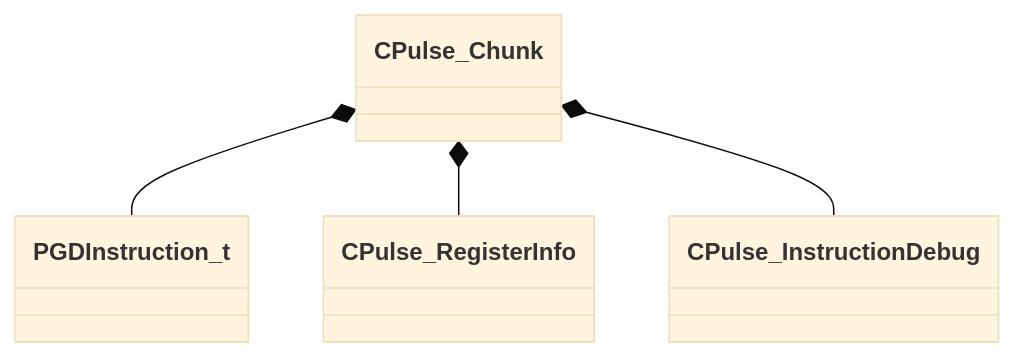
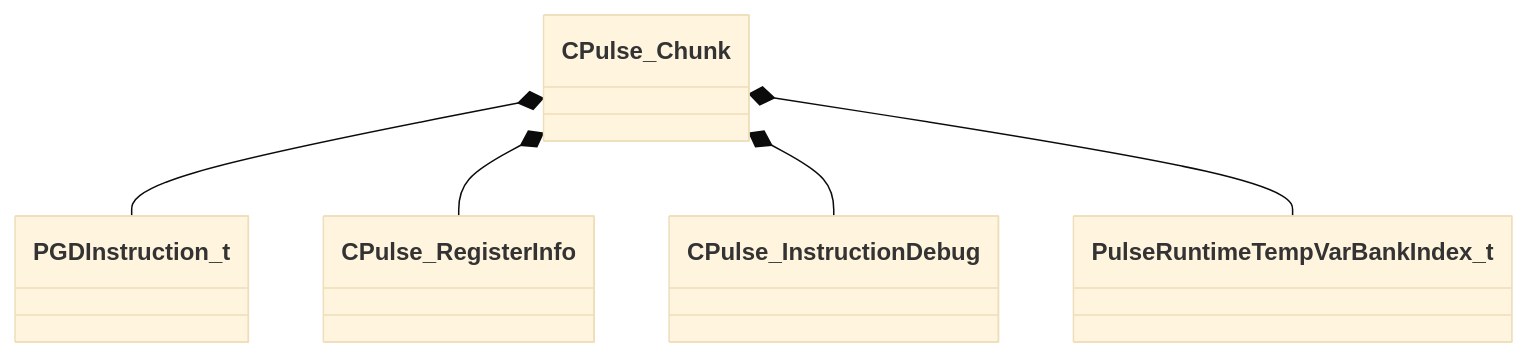
The diagram in docs/generated/schemas/pulse_runtime_lib/CPulse_Chunk.md (CS2OpenDev/CS2OpenDev-Docs), drawn with Mermaid (base theme) before and after one commit. The commit also changed other lines of this file and 4654 other files, not shown here.

Commit message:
docs: regenerate for SchemaTracker build 25947352 [skip ci]

````diff
--- a/docs/generated/schemas/pulse_runtime_lib/CPulse_Chunk.md
+++ b/docs/generated/schemas/pulse_runtime_lib/CPulse_Chunk.md
@@ -17,6 +17,7 @@
 ```mermaid
 classDiagram
     CPulse_Chunk *-- PGDInstruction_t
     CPulse_Chunk *-- CPulse_RegisterInfo
     CPulse_Chunk *-- CPulse_InstructionDebug
+    CPulse_Chunk *-- PulseRuntimeTempVarBankIndex_t
 ```
````
